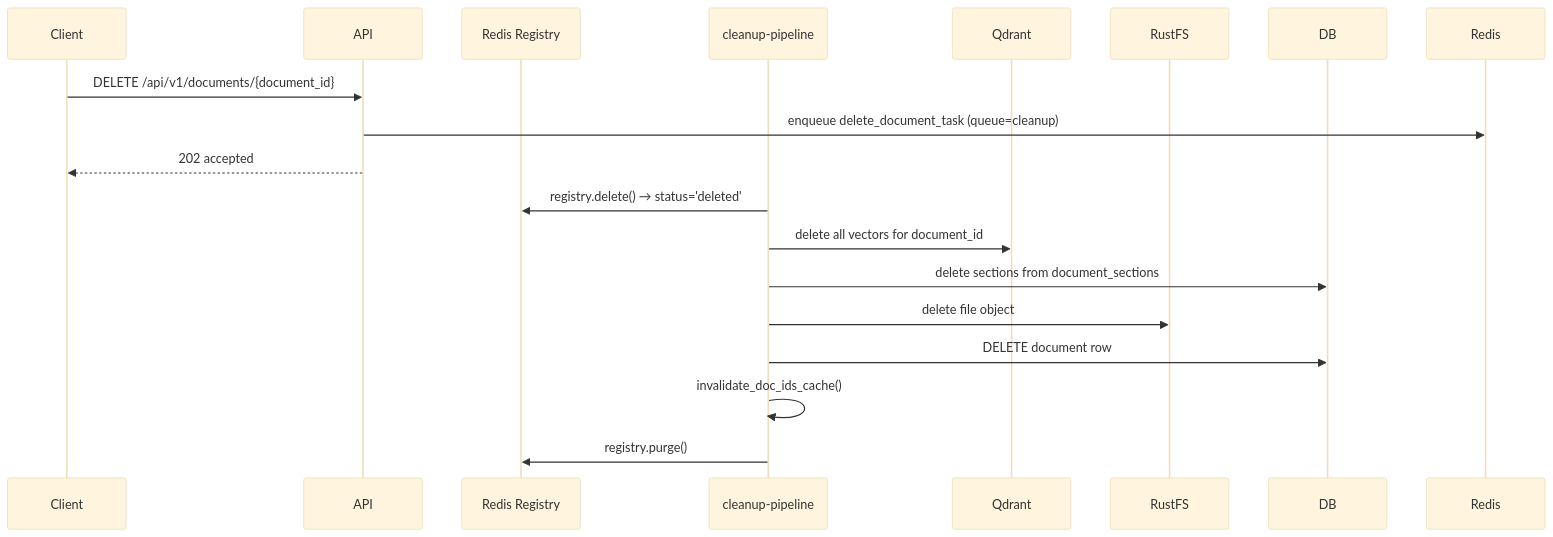
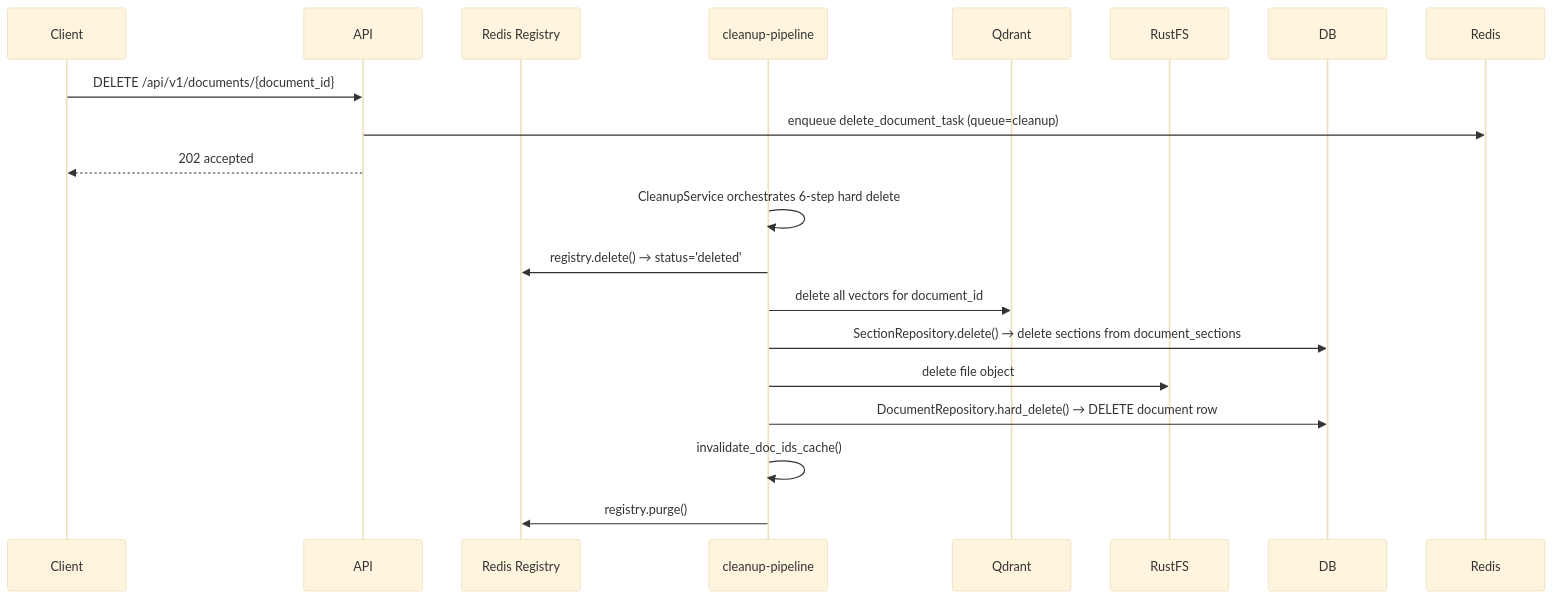
One commit to qtuanph/chatbot-rag changed the third of 5 diagrams in docs/02_WORKFLOWS.md. Above: the diagram before and after it, drawn with Mermaid (base theme). The commit also changed other lines of this file and 90 other files, not shown here.

````diff
--- a/docs/02_WORKFLOWS.md
+++ b/docs/02_WORKFLOWS.md
@@ -129,22 +131,23 @@
 ```mermaid
 sequenceDiagram
     participant Client
     participant API
     participant Registry as Redis Registry
     participant Cleanup as cleanup-pipeline
     participant Qdrant
     participant RustFS
     participant DB
 
     Client->>API: DELETE /api/v1/documents/{document_id}
     API->>Redis: enqueue delete_document_task (queue=cleanup)
     API-->>Client: 202 accepted
 
+    Cleanup->>Cleanup: CleanupService orchestrates 6-step hard delete
     Cleanup->>Registry: registry.delete() → status='deleted'
     Cleanup->>Qdrant: delete all vectors for document_id
-    Cleanup->>DB: delete sections from document_sections
+    Cleanup->>DB: SectionRepository.delete() → delete sections from document_sections
     Cleanup->>RustFS: delete file object
-    Cleanup->>DB: DELETE document row
+    Cleanup->>DB: DocumentRepository.hard_delete() → DELETE document row
     Cleanup->>Cleanup: invalidate_doc_ids_cache()
     Cleanup->>Registry: registry.purge()
 ```
````
